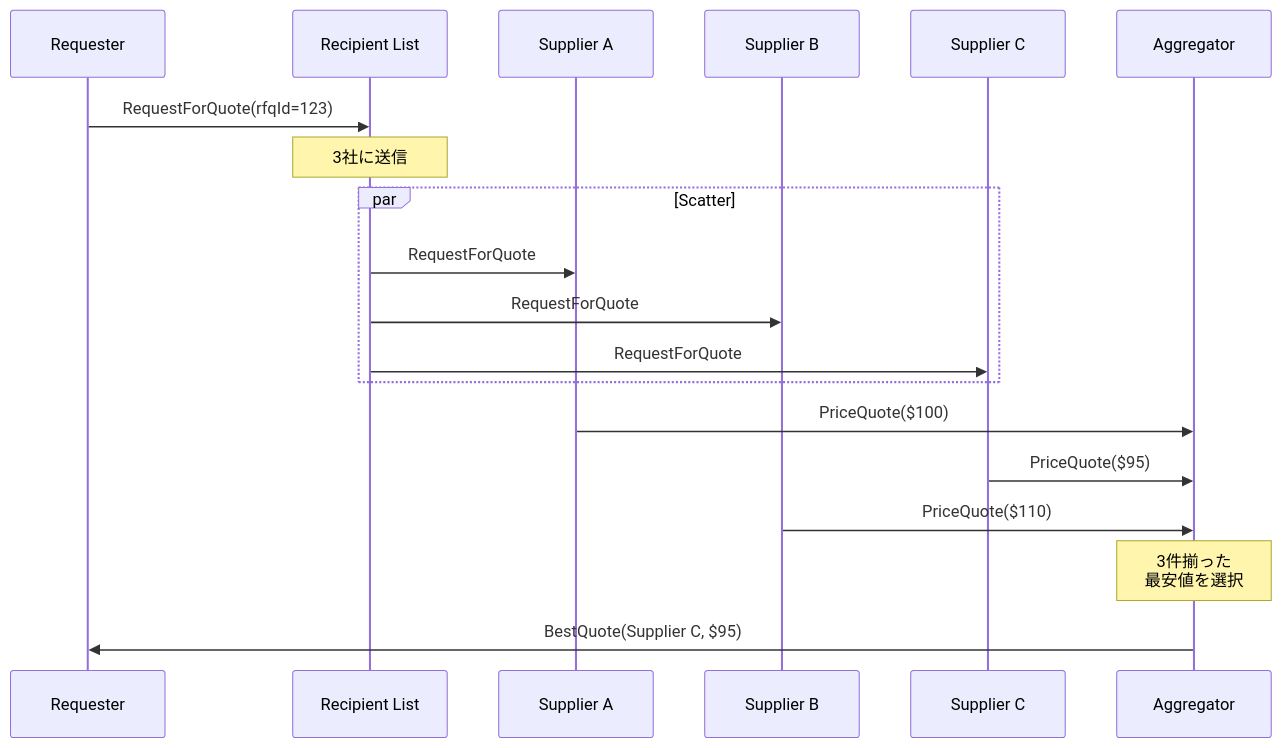
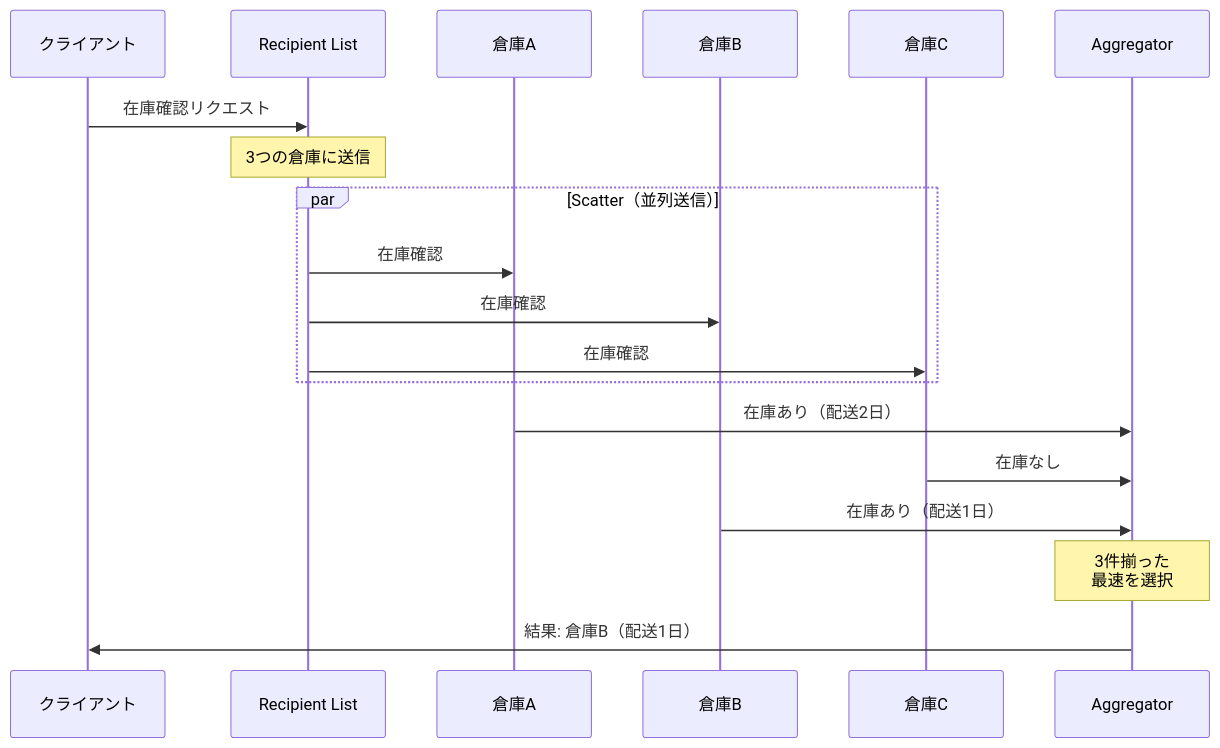
One commit to tomoikey/quartz changed the fourth of 4 diagrams in content/programming/reactive_messaging_pattern/composed-routers/scatter_gather.md. Above: the diagram before and after it, drawn with Mermaid. The commit also changed other lines of this file and 18 other files, not shown here.

````diff
--- a/content/programming/reactive_messaging_pattern/composed-routers/scatter_gather.md
+++ b/content/programming/reactive_messaging_pattern/composed-routers/scatter_gather.md
@@ -58,24 +102,25 @@
 ```mermaid
 sequenceDiagram
-    participant REQ as Requester
+    participant CLIENT as クライアント
     participant RL as Recipient List
-    participant S1 as Supplier A
-    participant S2 as Supplier B
-    participant S3 as Supplier C
+    participant A as 倉庫A
+    participant B as 倉庫B
+    participant C as 倉庫C
     participant AG as Aggregator
 
-    REQ->>RL: RequestForQuote(rfqId=123)
-    Note over RL: 3社に送信
-    par Scatter
-        RL->>S1: RequestForQuote
-        RL->>S2: RequestForQuote
-        RL->>S3: RequestForQuote
+    CLIENT->>RL: 在庫確認リクエスト
+    Note over RL: 3つの倉庫に送信
+
+    par Scatter（並列送信）
+        RL->>A: 在庫確認
+        RL->>B: 在庫確認
+        RL->>C: 在庫確認
     end
 
-    S1->>AG: PriceQuote($100)
-    S3->>AG: PriceQuote($95)
-    S2->>AG: PriceQuote($110)
+    A->>AG: 在庫あり（配送2日）
+    C->>AG: 在庫なし
+    B->>AG: 在庫あり（配送1日）
 
-    Note over AG: 3件揃った<br/>最安値を選択
-    AG->>REQ: BestQuote(Supplier C, $95)
+    Note over AG: 3件揃った<br/>最速を選択
+    AG->>CLIENT: 結果: 倉庫B（配送1日）
 ```
````
